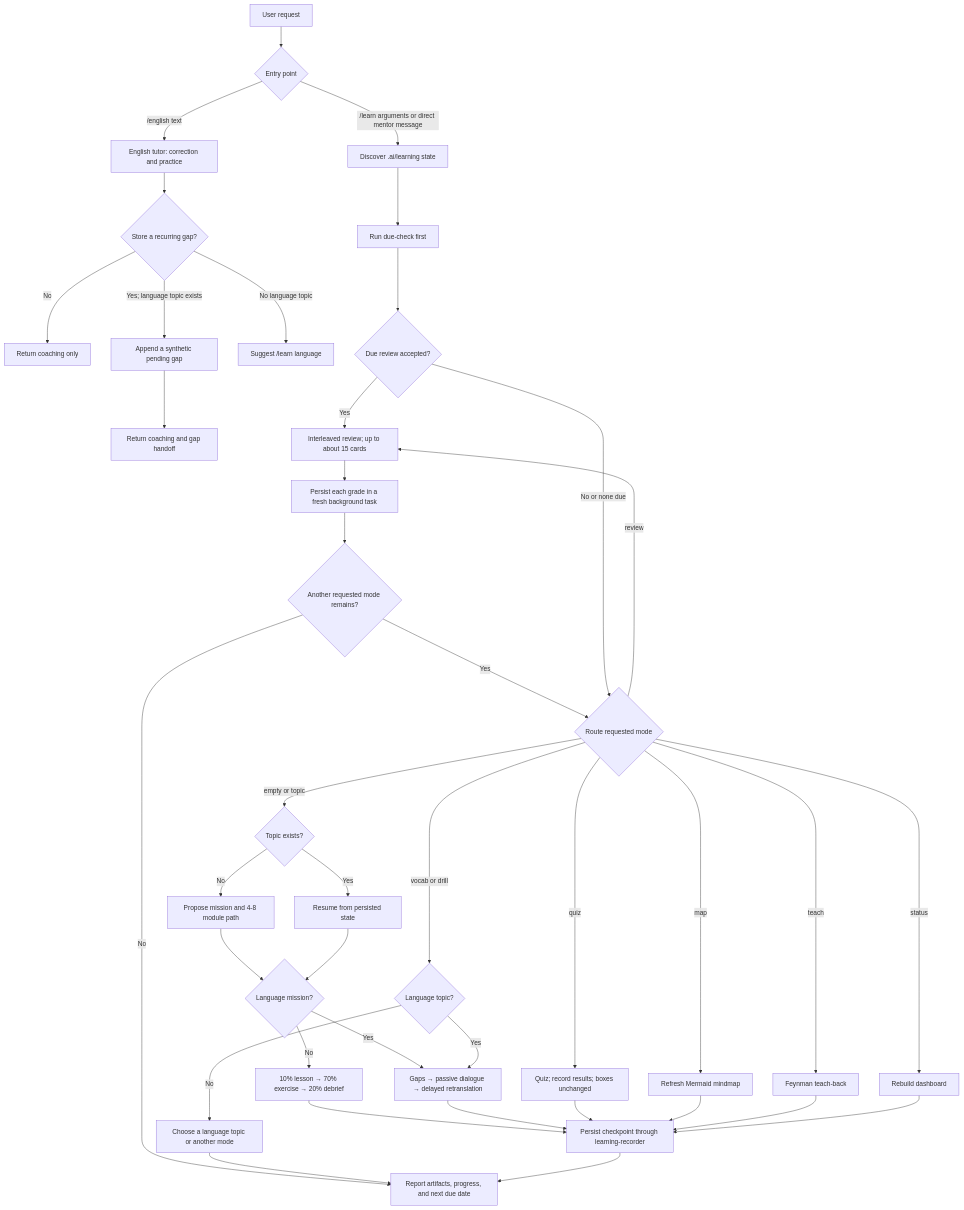
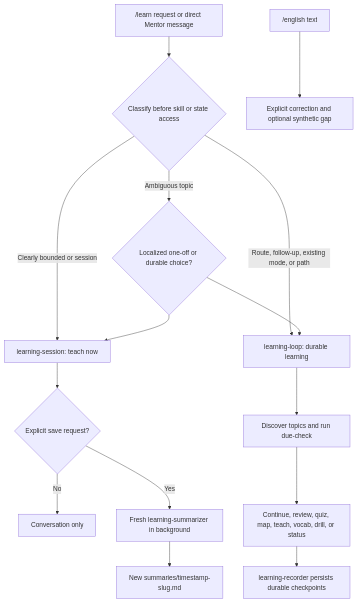
Before and after one commit to andresnator/agents-orchestrator: the diagram in domains/learning/README.md, drawn with Mermaid. The commit also changed other lines of this file and 11 other files, not shown here.

First line of the commit message:
feat(learning): add one-off sessions and summaries (#56)

````diff
--- a/domains/learning/README.md
+++ b/domains/learning/README.md
@@ -19,46 +26,20 @@
 ```mermaid
 flowchart TD
-    U["User request"] --> E{"Entry point"}
-    E -->|"/english text"| ET["English tutor: correction and practice"]
-    ET --> OPT{"Store a recurring gap?"}
-    OPT -->|"No"| EO["Return coaching only"]
-    OPT -->|"Yes; language topic exists"| GAP["Append a synthetic pending gap"]
-    OPT -->|"No language topic"| SUG["Suggest /learn language"]
-    GAP --> EH["Return coaching and gap handoff"]
+    U["/learn request or direct Mentor message"] --> C{"Classify before skill or state access"}
+    C -->|"Clearly bounded or session"| S["learning-session: teach now"]
+    C -->|"Route, follow-up, existing mode, or path"| D["learning-loop: durable learning"]
+    C -->|"Ambiguous topic"| Q{"Localized one-off or durable choice?"}
+    Q --> S
+    Q --> D
 
-    E -->|"/learn arguments or direct mentor message"| DISC["Discover .ai/learning state"]
-    DISC --> DUE["Run due-check first"]
-    DUE --> OFFER{"Due review accepted?"}
-    OFFER -->|"Yes"| REV["Interleaved review; up to about 15 cards"]
-    REV --> BG["Persist each grade in a fresh background task"]
-    BG --> MORE{"Another requested mode remains?"}
-    MORE -->|"No"| CLOSE["Report artifacts, progress, and next due date"]
-    MORE -->|"Yes"| ROUTE{"Route requested mode"}
-    OFFER -->|"No or none due"| ROUTE
+    S --> SAVE{"Explicit save request?"}
+    SAVE -->|"No"| CHAT["Conversation only"]
+    SAVE -->|"Yes"| SUM["Fresh learning-summarizer in background"]
+    SUM --> FILE["New summaries/timestamp-slug.md"]
 
-    ROUTE -->|"empty or topic"| TOPIC{"Topic exists?"}
-    ROUTE -->|"review"| REV
-    TOPIC -->|"No"| NEW["Propose mission and 4-8 module path"]
-    TOPIC -->|"Yes"| RESUME["Resume from persisted state"]
-    NEW --> KIND{"Language mission?"}
-    RESUME --> KIND
-    KIND -->|"No"| GEN["10% lesson → 70% exercise → 20% debrief"]
-    KIND -->|"Yes"| LANG["Gaps → passive dialogue → delayed retranslation"]
+    D --> STATE["Discover topics and run due-check"]
+    STATE --> MODE["Continue, review, quiz, map, teach, vocab, drill, or status"]
+    MODE --> REC["learning-recorder persists durable checkpoints"]
 
-    ROUTE -->|"quiz"| QUIZ["Quiz; record results; boxes unchanged"]
-    ROUTE -->|"map"| MAP["Refresh Mermaid mindmap"]
-    ROUTE -->|"teach"| TEACH["Feynman teach-back"]
-    ROUTE -->|"vocab or drill"| ONLY{"Language topic?"}
-    ONLY -->|"Yes"| LANG
-    ONLY -->|"No"| PICK["Choose a language topic or another mode"]
-    ROUTE -->|"status"| STATUS["Rebuild dashboard"]
-
-    GEN --> FG["Persist checkpoint through learning-recorder"]
-    LANG --> FG
-    QUIZ --> FG
-    MAP --> FG
-    TEACH --> FG
-    STATUS --> FG
-    PICK --> CLOSE
-    FG --> CLOSE
+    E["/english text"] --> ET["Explicit correction and optional synthetic gap"]
 ```
````
